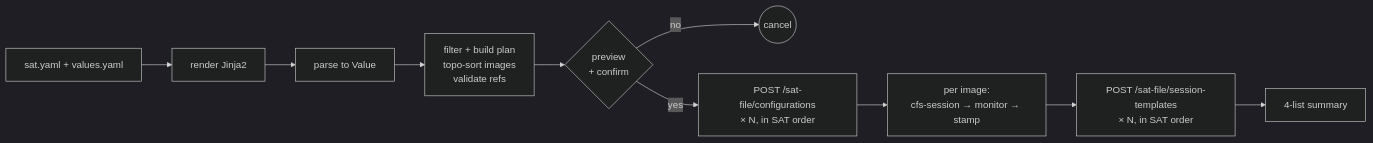
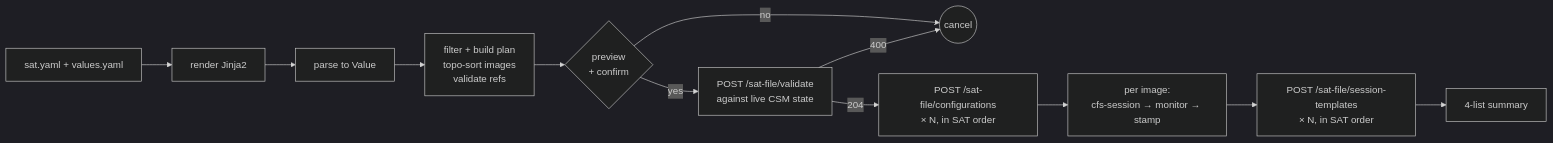
The first of 2 diagrams in GUIDE.md (eth-cscs/manta), drawn with Mermaid (dark theme) before and after one commit. The commit also changed other lines of this file and 2 other files, not shown here.

First line of the commit message:
docs: cover /sat-file/validate, create_bos_session, and add Groups guide section

````diff
--- a/GUIDE.md
+++ b/GUIDE.md
@@ -123,12 +157,14 @@
 ```mermaid
 flowchart LR
   A[sat.yaml + values.yaml] --> B[render Jinja2]
   B --> C[parse to Value]
   C --> D[filter + build plan<br/>topo-sort images<br/>validate refs]
   D --> E{preview<br/>+ confirm}
   E -->|no| X((cancel))
-  E -->|yes| F[POST /sat-file/configurations<br/>× N, in SAT order]
+  E -->|yes| V[POST /sat-file/validate<br/>against live CSM state]
+  V -->|400| X
+  V -->|204| F[POST /sat-file/configurations<br/>× N, in SAT order]
   F --> G[per image:<br/>cfs-session → monitor → stamp]
   G --> H[POST /sat-file/session-templates<br/>× N, in SAT order]
   H --> I[4-list summary]
 ```
````
